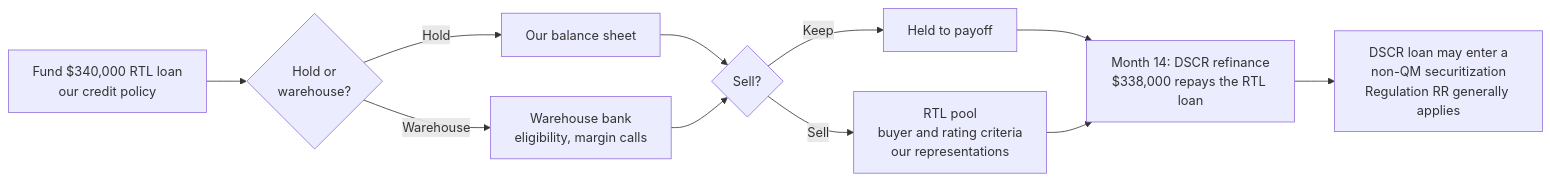
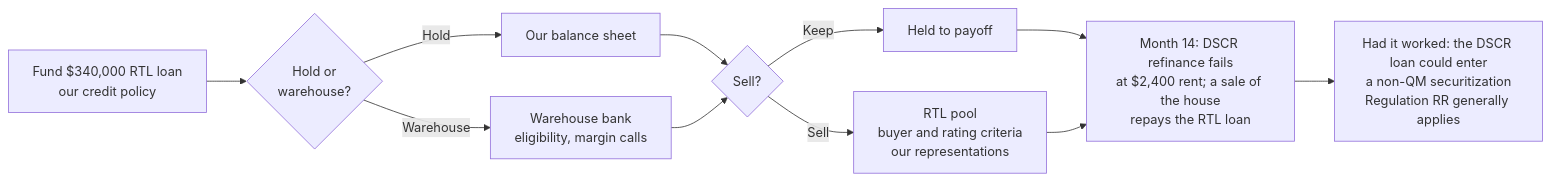
One commit to mattanllc-source/bpl-course- changed the second of 4 diagrams in modules/core/c00/lesson.md. Above: the diagram before and after it, drawn with Mermaid. The commit also changed other lines of this file and 14 other files, not shown here.

````diff
--- a/modules/core/c00/lesson.md
+++ b/modules/core/c00/lesson.md
@@ -462,13 +462,13 @@
 ```mermaid
 flowchart LR
   A["Fund $340,000 RTL loan<br/>our credit policy"] --> B{"Hold or<br/>warehouse?"}
   B -->|Hold| C["Our balance sheet"]
   B -->|Warehouse| D["Warehouse bank<br/>eligibility, margin calls"]
   C --> E{"Sell?"}
   D --> E
   E -->|Keep| F["Held to payoff"]
   E -->|Sell| G["RTL pool<br/>buyer and rating criteria<br/>our representations"]
-  F --> H["Month 14: DSCR refinance<br/>$338,000 repays the RTL loan"]
+  F --> H["Month 14: DSCR refinance fails<br/>at $2,400 rent; a sale of the house<br/>repays the RTL loan"]
   G --> H
-  H --> I["DSCR loan may enter a<br/>non-QM securitization<br/>Regulation RR generally applies"]
+  H --> I["Had it worked: the DSCR loan could enter<br/>a non-QM securitization<br/>Regulation RR generally applies"]
 ```
````
